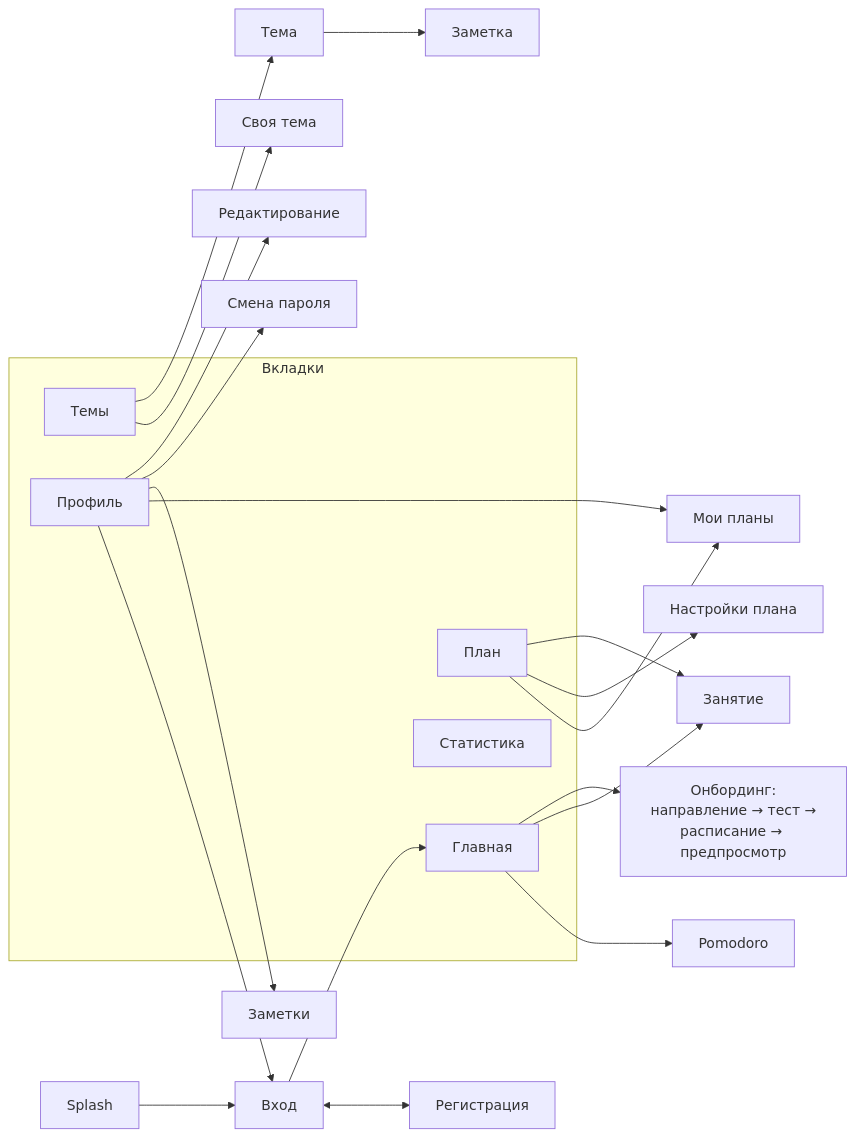
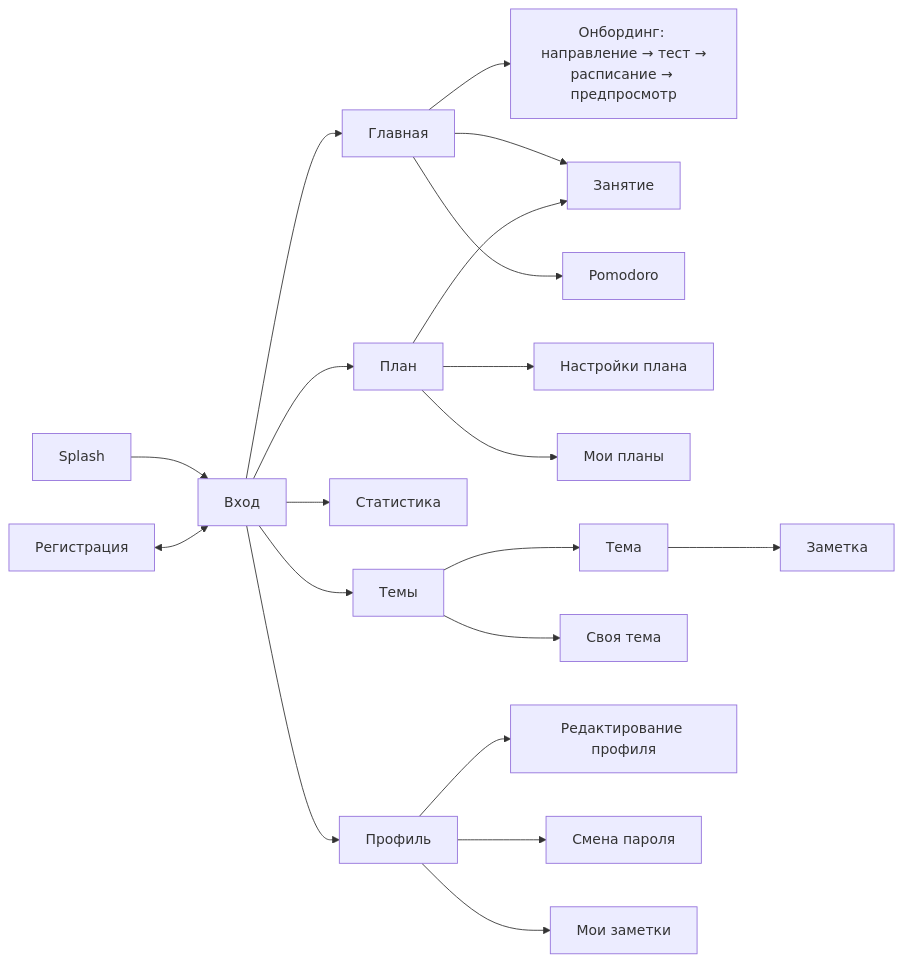
Before and after one commit to Barin5550/3_KURS_DIPLOMKA_BOBR_S: the fourth of 4 diagrams in docs/coursework/04_chapter2_practice.md, drawn with Mermaid. The commit also changed other lines of this file and 12 other files, not shown here.

First line of the commit message:
Курсовая: оформление схем, таблиц и приложений

````diff
--- a/docs/coursework/04_chapter2_practice.md
+++ b/docs/coursework/04_chapter2_practice.md
@@ -331,27 +296,18 @@
 ```mermaid
 flowchart LR
     Splash --> Вход
-    Вход <--> Регистрация
-    Вход --> Главная
-    subgraph Вкладки
-        Главная
-        План
-        Темы
-        Статистика
-        Профиль
-    end
-    Главная --> Онбординг["Онбординг:<br/>направление → тест →<br/>расписание → предпросмотр"]
+    Регистрация <--> Вход
+    Вход --> Главная & План & Статистика & Темы & Профиль
+    Главная --> Онбординг["Онбординг: направление → тест →<br/>расписание → предпросмотр"]
     Главная --> Занятие
     Главная --> Pomodoro
     План --> Занятие
     План --> Настройки["Настройки плана"]
     План --> Планы["Мои планы"]
     Темы --> Тема
     Темы --> СвояТема["Своя тема"]
     Тема --> Заметка
-    Профиль --> Редактирование
+    Профиль --> Редактирование["Редактирование профиля"]
     Профиль --> Пароль["Смена пароля"]
-    Профиль --> Заметки
-    Профиль --> Планы
-    Профиль --> Вход
+    Профиль --> Заметки["Мои заметки"]
 ```
````
